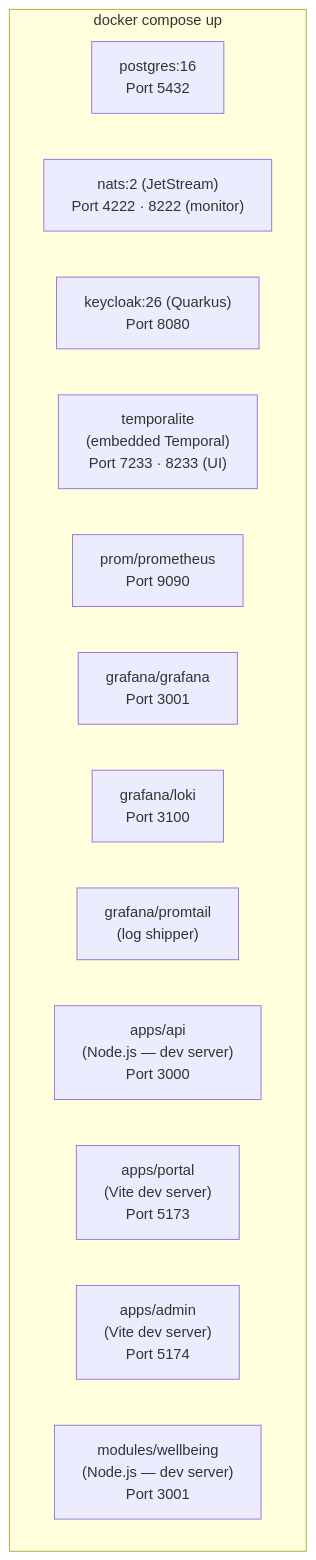
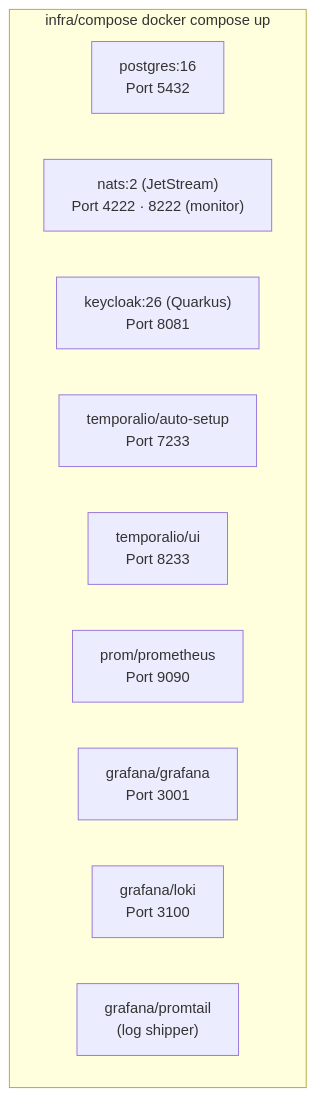
One commit to RevelationCore/Revelation-SRS changed the first of 2 diagrams in docs/architecture/deployment-architecture.md. Above: the diagram before and after it, drawn with Mermaid. The commit also changed other lines of this file and 11 other files, not shown here.

````diff
--- a/docs/architecture/deployment-architecture.md
+++ b/docs/architecture/deployment-architecture.md
@@ -34,18 +37,14 @@
 ```mermaid
 graph TB
-    subgraph Compose["docker compose up"]
+    subgraph Compose["infra/compose docker compose up"]
         PG["postgres:16\nPort 5432"]
         NATS["nats:2 (JetStream)\nPort 4222 · 8222 (monitor)"]
-        KC["keycloak:26 (Quarkus)\nPort 8080"]
-        TMP["temporalite\n(embedded Temporal)\nPort 7233 · 8233 (UI)"]
+        KC["keycloak:26 (Quarkus)\nPort 8081"]
+        TMP["temporalio/auto-setup\nPort 7233"]
+        TUI["temporalio/ui\nPort 8233"]
         PROM["prom/prometheus\nPort 9090"]
         GRF["grafana/grafana\nPort 3001"]
         LOKI["grafana/loki\nPort 3100"]
         PRTL["grafana/promtail\n(log shipper)"]
-
-        API["apps/api\n(Node.js — dev server)\nPort 3000"]
-        PORTAL["apps/portal\n(Vite dev server)\nPort 5173"]
-        ADMIN["apps/admin\n(Vite dev server)\nPort 5174"]
-        WEL["modules/wellbeing\n(Node.js — dev server)\nPort 3001"]
     end
 ```
````
